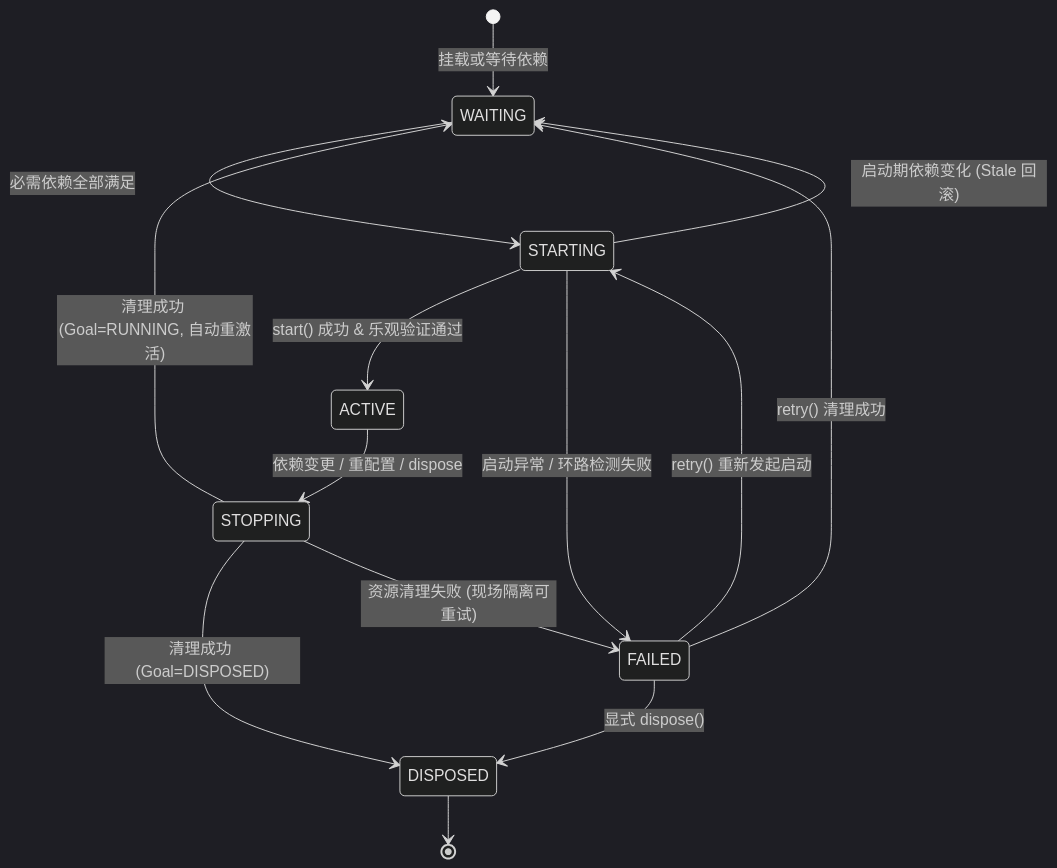
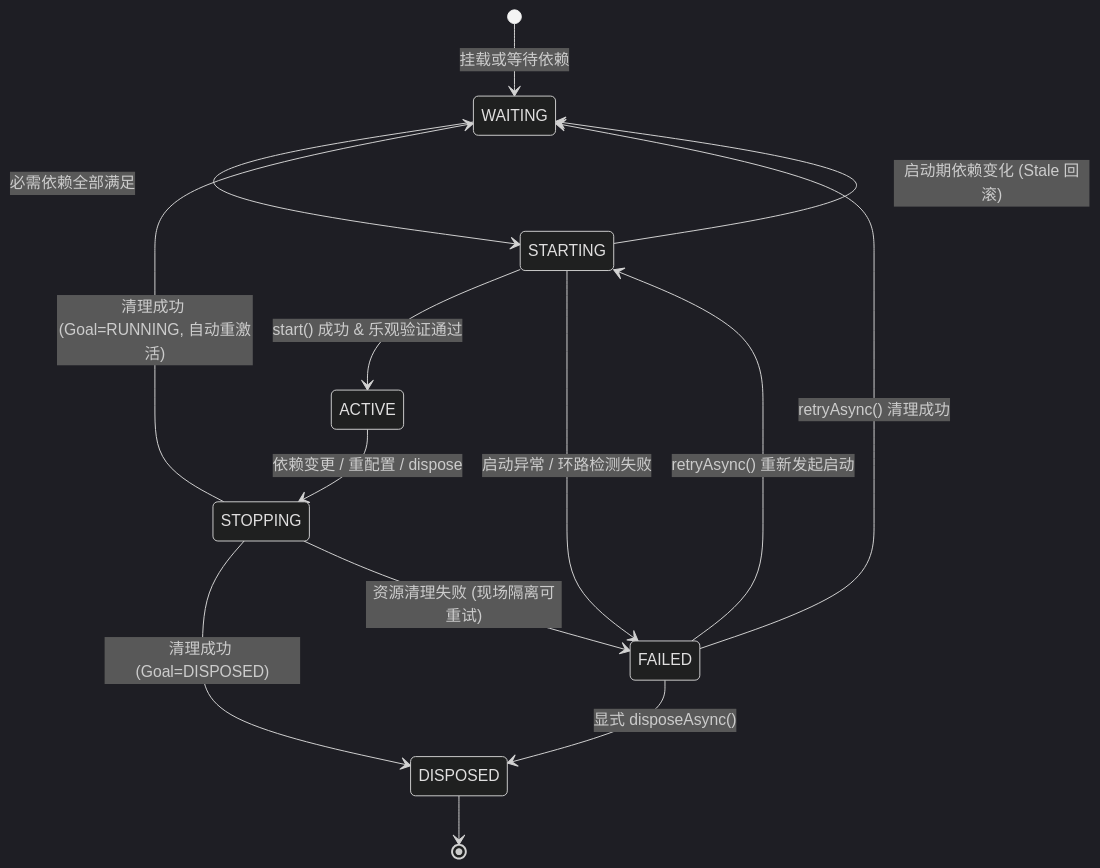
One commit to fjay/knotra changed the first of 2 diagrams in docs/Knotra 运行时设计文档.md. Above: the diagram before and after it, drawn with Mermaid (dark theme). The commit also changed other lines of this file and 101 other files, not shown here.

````diff
--- a/docs/Knotra 运行时设计文档.md
+++ b/docs/Knotra 运行时设计文档.md
@@ -184,20 +185,20 @@
 ```mermaid
 stateDiagram-v2
     [*] --> WAITING: 挂载或等待依赖
     WAITING --> STARTING: 必需依赖全部满足
     STARTING --> ACTIVE: start() 成功 & 乐观验证通过
     STARTING --> WAITING: 启动期依赖变化 (Stale 回滚)
     STARTING --> FAILED: 启动异常 / 环路检测失败
     
     ACTIVE --> STOPPING: 依赖变更 / 重配置 / dispose
     
     STOPPING --> WAITING: 清理成功 (Goal=RUNNING, 自动重激活)
     STOPPING --> DISPOSED: 清理成功 (Goal=DISPOSED)
     STOPPING --> FAILED: 资源清理失败 (现场隔离可重试)
     
-    FAILED --> WAITING: retry() 清理成功
-    FAILED --> STARTING: retry() 重新发起启动
-    FAILED --> DISPOSED: 显式 dispose()
+    FAILED --> WAITING: retryAsync() 清理成功
+    FAILED --> STARTING: retryAsync() 重新发起启动
+    FAILED --> DISPOSED: 显式 disposeAsync()
     
     DISPOSED --> [*]
 ```
````
